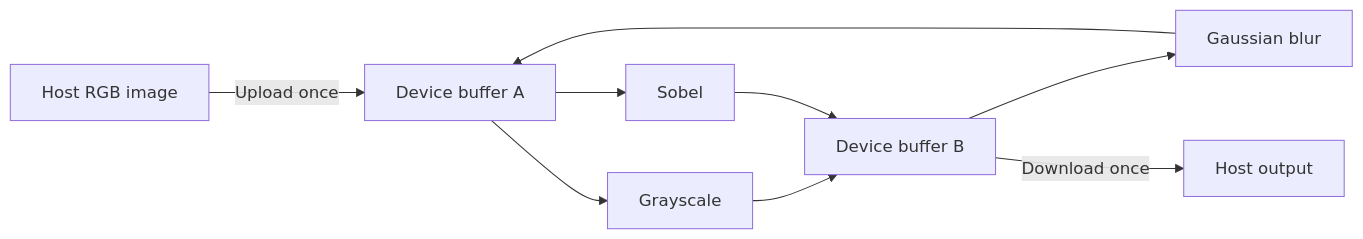
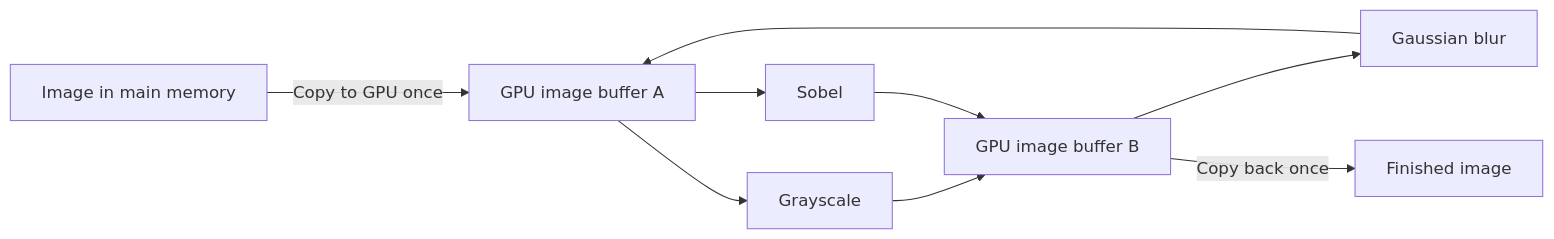
The diagram in README.md (montgomerysamantha/CudaImagePipeline), drawn with Mermaid before and after one commit. The commit also changed other lines of this file and 1 other file, not shown here.

````diff
--- a/README.md
+++ b/README.md
@@ -106,11 +136,11 @@
 ```mermaid
 flowchart LR
-    H[Host RGB image] -->|Upload once| A[Device buffer A]
+    H[Image in main memory] -->|Copy to GPU once| A[GPU image buffer A]
     A --> G[Grayscale]
-    G --> B[Device buffer B]
+    G --> B[GPU image buffer B]
     B --> BL[Gaussian blur]
     BL --> A
     A --> E[Sobel]
     E --> B
-    B -->|Download once| O[Host output]
+    B -->|Copy back once| O[Finished image]
 ```
````
